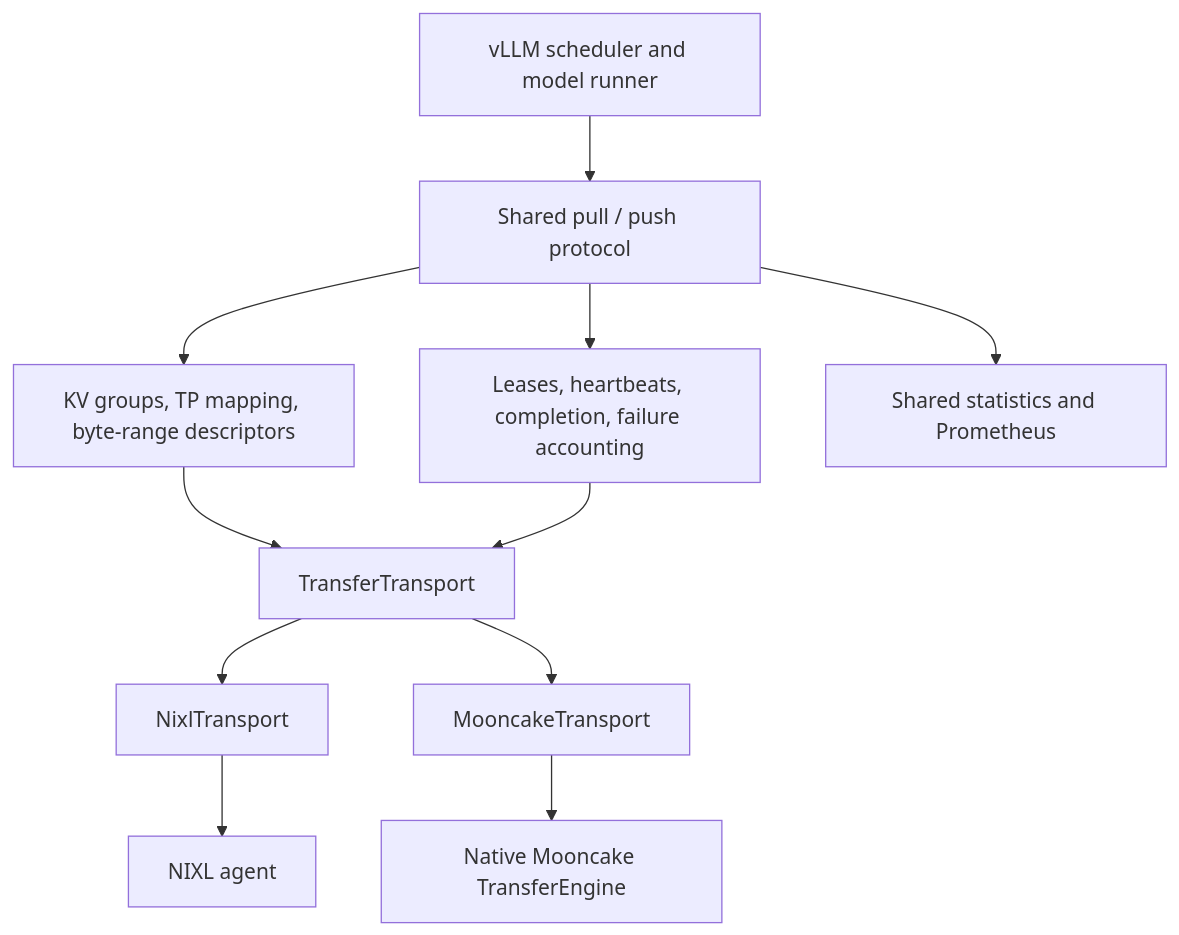
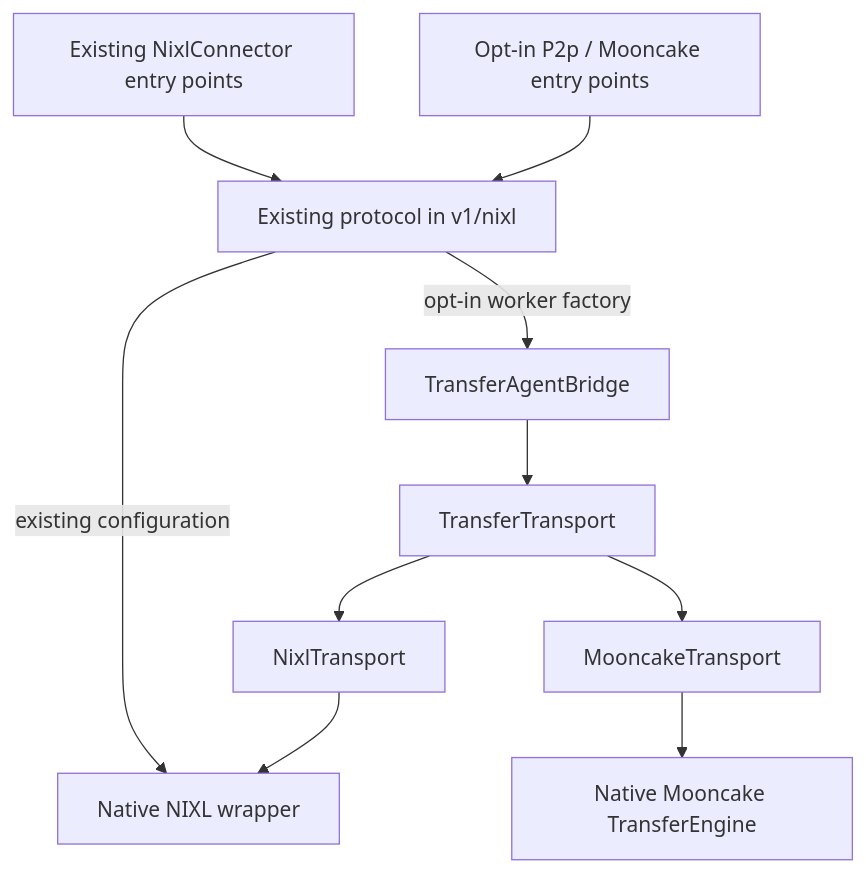
Before and after one commit to zhewenl/vllm: the diagram in docs/design/p2p_kv_transfer.md, drawn with Mermaid. The commit also changed other lines of this file and 38 other files, not shown here.

First line of the commit message:
[KV Connector] Preserve NIXL implementation with opt-in transport bridge

````diff
--- a/docs/design/p2p_kv_transfer.md
+++ b/docs/design/p2p_kv_transfer.md
@@ -10,13 +16,12 @@
 ```mermaid
 flowchart TD
-    S[vLLM scheduler and model runner] --> P[Shared pull / push protocol]
-    P --> G[KV groups, TP mapping, byte-range descriptors]
-    P --> L[Leases, heartbeats, completion, failure accounting]
-    P --> M[Shared statistics and Prometheus]
-    G --> T[TransferTransport]
-    L --> T
+    Old[Existing NixlConnector entry points] --> R[Existing protocol in v1/nixl]
+    New[Opt-in P2p / Mooncake entry points] --> R
+    R -->|existing configuration| NX[Native NIXL wrapper]
+    R -->|opt-in worker factory| B[TransferAgentBridge]
+    B --> T[TransferTransport]
     T --> N[NixlTransport]
     T --> C[MooncakeTransport]
-    N --> NX[NIXL agent]
+    N --> NX
     C --> MC[Native Mooncake TransferEngine]
 ```
````
